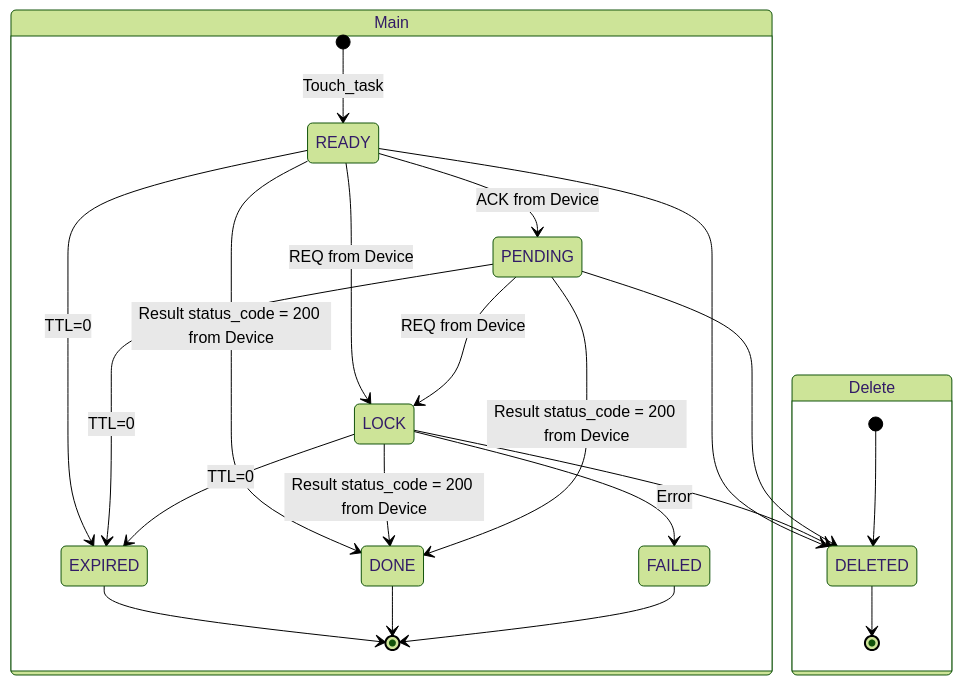
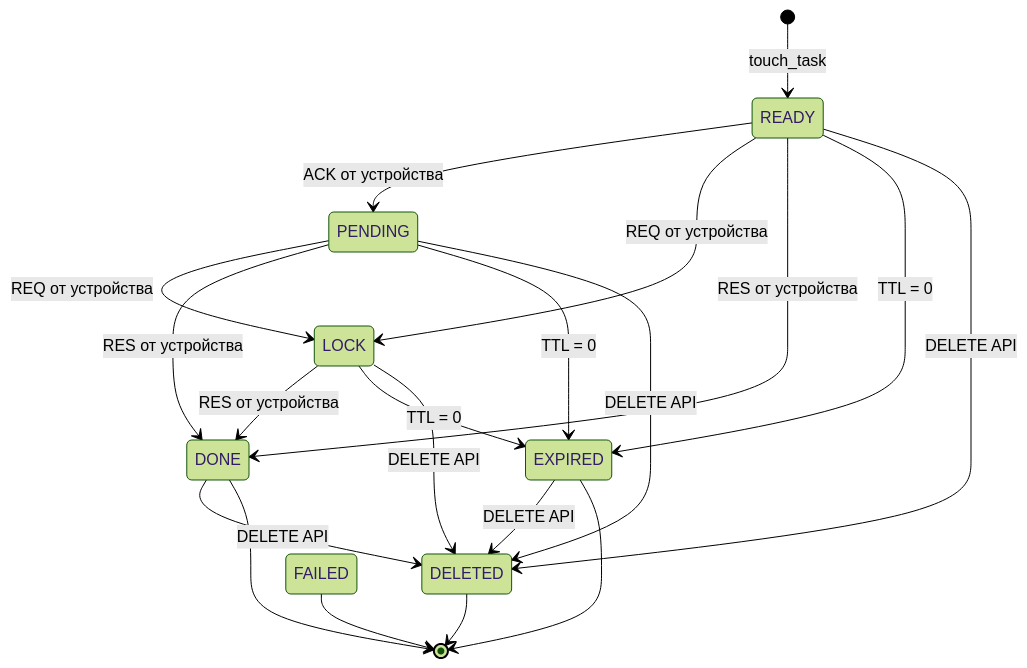
The diagram in docs/task_states.md (OlegLebedevRU/iot-rpc-rest-app), drawn with Mermaid (forest theme) before and after one commit. The commit also changed other lines of this file, not shown here.

Commit message:
docs: improve task_states.md formatting and fix state diagram
Agent-Logs-Url: https://github.com/OlegLebedevRU/iot-rpc-rest-app/sessions/5b865575-0534-43da-9a07-4d4712fdc76a

`````diff
--- a/docs/task_states.md
+++ b/docs/task_states.md
@@ -14,29 +20,27 @@
-````mermaid
+```mermaid
 stateDiagram-v2
-    state Main {
-    [*] --> READY: Touch_task
-    READY --> DONE: Result status_code = 200 from Device
-    READY --> PENDING: ACK from Device
-    READY --> LOCK: REQ from Device
+    [*]     --> READY   : touch_task
+
+    READY   --> PENDING : ACK от устройства
+    READY   --> LOCK    : REQ от устройства
+    PENDING --> LOCK    : REQ от устройства
+
+    READY   --> DONE    : RES от устройства
+    PENDING --> DONE    : RES от устройства
+    LOCK    --> DONE    : RES от устройства
+
+    READY   --> EXPIRED : TTL = 0
+    PENDING --> EXPIRED : TTL = 0
+    LOCK    --> EXPIRED : TTL = 0
+
+    READY   --> DELETED : DELETE API
+    PENDING --> DELETED : DELETE API
+    LOCK    --> DELETED : DELETE API
+    DONE    --> DELETED : DELETE API
+    EXPIRED --> DELETED : DELETE API
+
+    DONE    --> [*]
     EXPIRED --> [*]
-    
-    LOCK --> FAILED: Error
-    LOCK --> DONE: Result status_code = 200 from Device   
-    PENDING --> DONE: Result status_code = 200 from Device
-    PENDING --> LOCK: REQ from Device
-    READY --> DELETED
-    LOCK --> DELETED
-    PENDING --> DELETED   
-    DONE --> [*]
-    FAILED --> [*]
-    }
-    
-    state Delete {
-        [*] --> DELETED
-        DELETED --> [*]
-    }
-    READY --> EXPIRED: TTL=0   
-    PENDING--> EXPIRED: TTL=0   
-    LOCK --> EXPIRED: TTL=0
-   
-````
+    DELETED --> [*]
+    FAILED  --> [*]
+```
`````
